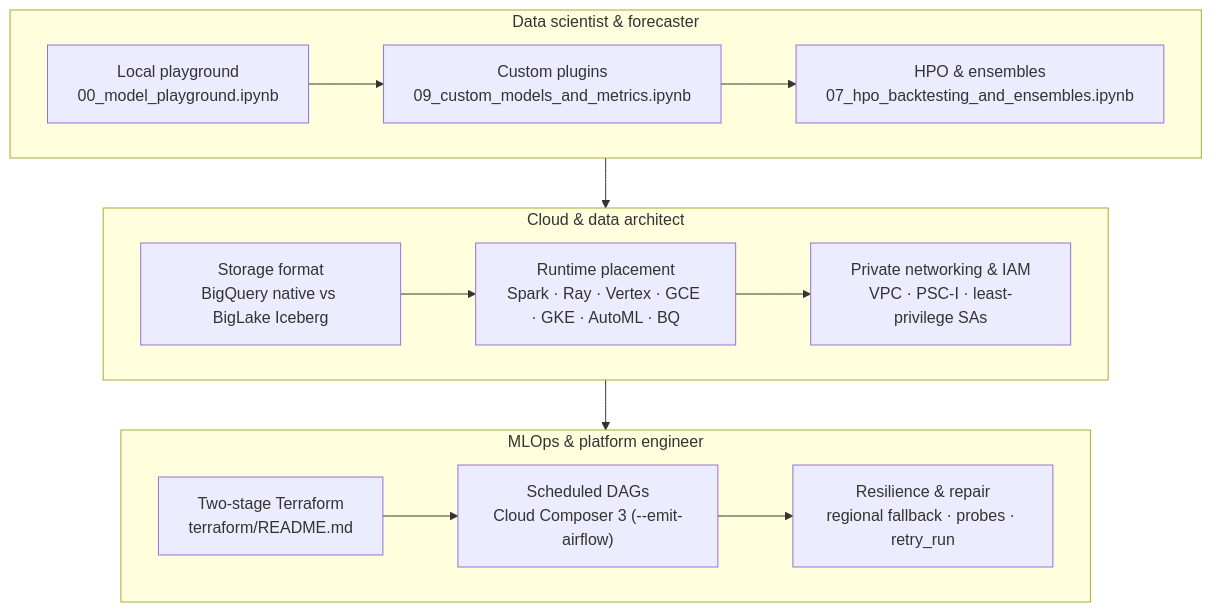
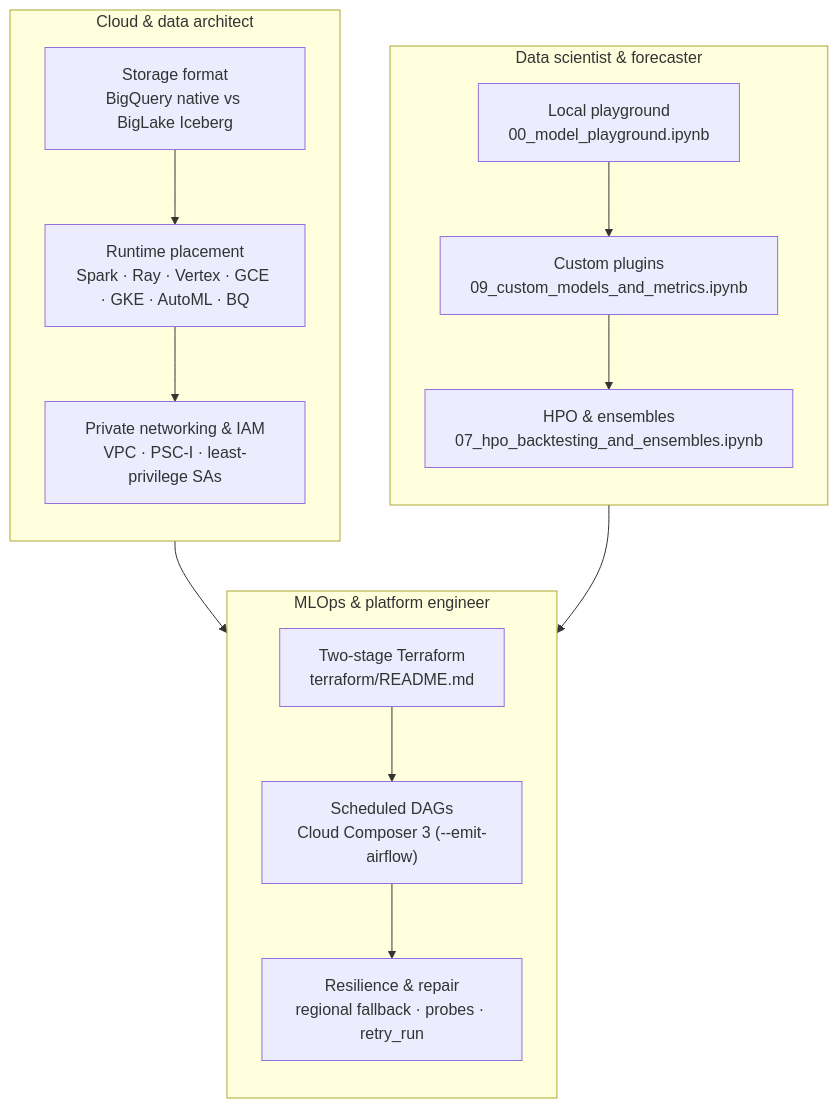
The third of 3 diagrams in docs/overview.md (statmike/scale-forecasting), drawn with Mermaid before and after one commit. The commit also changed 16 other files, not shown here.

Commit message:
docs: expand temporal reconciliation reference, fix GitHub MathJax & Mermaid aspect ratios, and add pre-commit tripwires

````diff
--- a/docs/overview.md
+++ b/docs/overview.md
@@ -242,16 +242,16 @@
 ```mermaid
 flowchart TD
     subgraph DS["Data scientist & forecaster"]
-        direction LR
+        direction TB
         DS1["Local playground<br/>00_model_playground.ipynb"] --> DS2["Custom plugins<br/>09_custom_models_and_metrics.ipynb"] --> DS3["HPO & ensembles<br/>07_hpo_backtesting_and_ensembles.ipynb"]
     end
     subgraph AR["Cloud & data architect"]
-        direction LR
+        direction TB
         AR1["Storage format<br/>BigQuery native vs BigLake Iceberg"] --> AR2["Runtime placement<br/>Spark · Ray · Vertex · GCE · GKE · AutoML · BQ"] --> AR3["Private networking & IAM<br/>VPC · PSC-I · least-privilege SAs"]
     end
     subgraph OP["MLOps & platform engineer"]
-        direction LR
+        direction TB
         OP1["Two-stage Terraform<br/>terraform/README.md"] --> OP2["Scheduled DAGs<br/>Cloud Composer 3 (--emit-airflow)"] --> OP3["Resilience & repair<br/>regional fallback · probes · retry_run"]
     end
-    DS --> AR --> OP
+    DS3 & AR3 --> OP1
 ```
````
